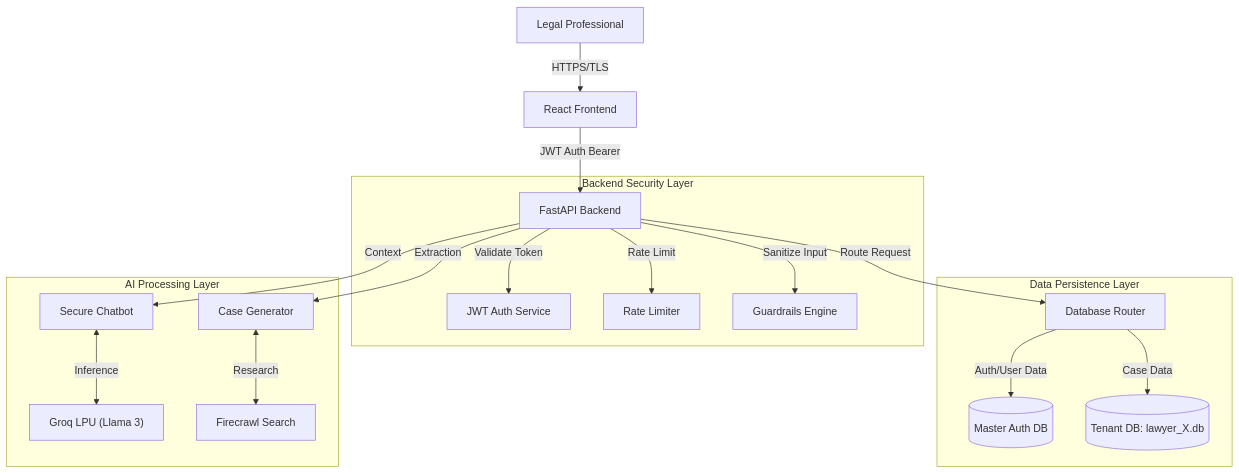
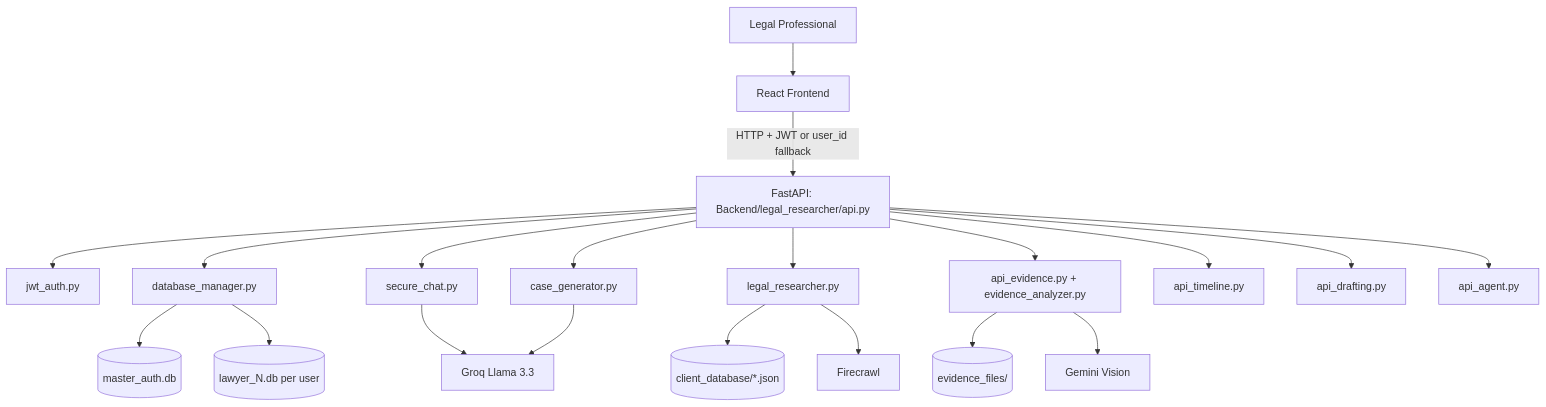
Before and after one commit to Kawal511/hacknova-LegalAI: the diagram in README.md, drawn with Mermaid. The commit also changed other lines of this file, not shown here.

````diff
--- a/README.md
+++ b/README.md
@@ -108,26 +66,25 @@
 ```mermaid
+graph TD
+    User[Legal Professional] --> FE[React Frontend]
+    FE -->|HTTP + JWT or user_id fallback| API[FastAPI: Backend/legal_researcher/api.py]
 
-graph TD
-    User[Legal Professional] -->|HTTPS/TLS| FE[React Frontend]
-    FE -->|JWT Auth Bearer| API[FastAPI Backend]
-    
-    subgraph "Backend Security Layer"
-        API -->|Validate Token| JWT[JWT Auth Service]
-        API -->|Rate Limit| RL[Rate Limiter]
-        API -->|Sanitize Input| GR[Guardrails Engine]
-    end
-    
-    subgraph "Data Persistence Layer"
-        API -->|Route Request| Router[Database Router]
-        Router -->|Auth/User Data| MasterDB[(Master Auth DB)]
-        Router -->|Case Data| TenantDB[(Tenant DB: lawyer_X.db)]
-    end
-    
-    subgraph "AI Processing Layer"
-        API -->|Context| Chat[Secure Chatbot]
-        API -->|Extraction| Gen[Case Generator]
-        Chat <-->|Inference| Groq["Groq LPU (Llama 3)"]
-        Gen <-->|Research| Firecrawl[Firecrawl Search]
-    end
-    
+    API --> AUTH[jwt_auth.py]
+    API --> DBR[database_manager.py]
+    API --> CHAT[secure_chat.py]
+    API --> CASEGEN[case_generator.py]
+    API --> RESEARCH[legal_researcher.py]
+    API --> EVIDENCE[api_evidence.py + evidence_analyzer.py]
+    API --> TIMELINE[api_timeline.py]
+    API --> DRAFT[api_drafting.py]
+    API --> AGENT[api_agent.py]
+
+    DBR --> MASTER[(master_auth.db)]
+    DBR --> TENANT[(lawyer_N.db per user)]
+    EVIDENCE --> FILES[(evidence_files/)]
+    RESEARCH --> JSONDB[(client_database/*.json)]
+
+    CHAT --> GROQ[Groq Llama 3.3]
+    CASEGEN --> GROQ
+    RESEARCH --> FIRECRAWL[Firecrawl]
+    EVIDENCE --> GEMINI[Gemini Vision]
 ```
````
